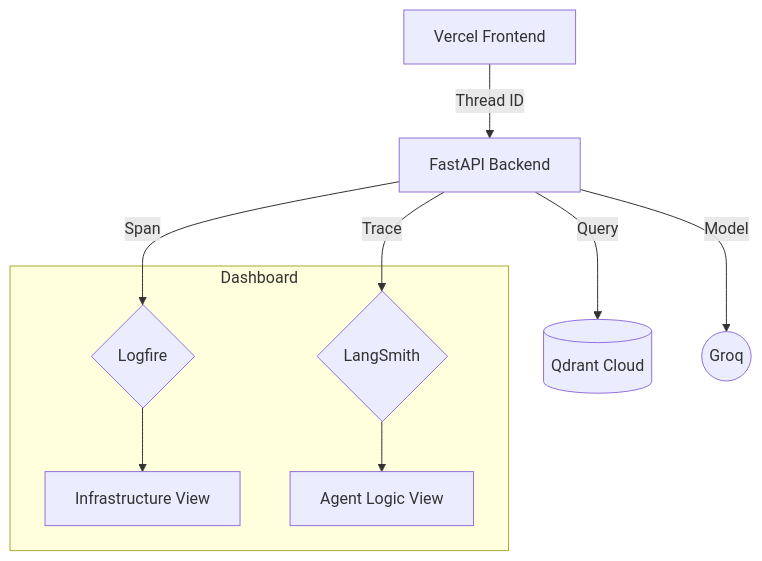
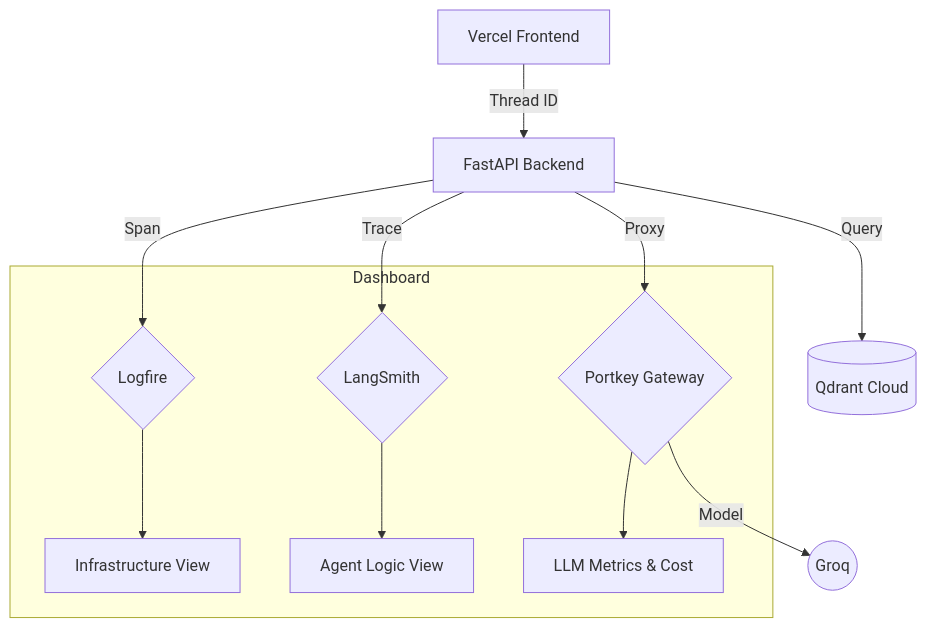
Before and after one commit to MuhammadUmerKhan/portfolio-web-bot: the diagram in docs/04_TRACING_AND_OBSERVABILITY.md, drawn with Mermaid. The commit also changed other lines of this file and 1 other file, not shown here.

````diff
--- a/docs/04_TRACING_AND_OBSERVABILITY.md
+++ b/docs/04_TRACING_AND_OBSERVABILITY.md
@@ -25,13 +30,15 @@
 ```mermaid
 graph TD
     UI[Vercel Frontend] -->|Thread ID| Backend[FastAPI Backend]
     Backend -->|Span| Logfire{Logfire}
     Backend -->|Trace| LangSmith{LangSmith}
     Backend -->|Query| Qdrant[(Qdrant Cloud)]
-    Backend -->|Model| Groq((Groq))
+    Backend -->|Proxy| Portkey{Portkey Gateway}
+    Portkey -->|Model| Groq((Groq))
     
     subgraph Dashboard
         Logfire --> LView[Infrastructure View]
         LangSmith --> AView[Agent Logic View]
+        Portkey --> PView[LLM Metrics & Cost]
     end
 ```
````
